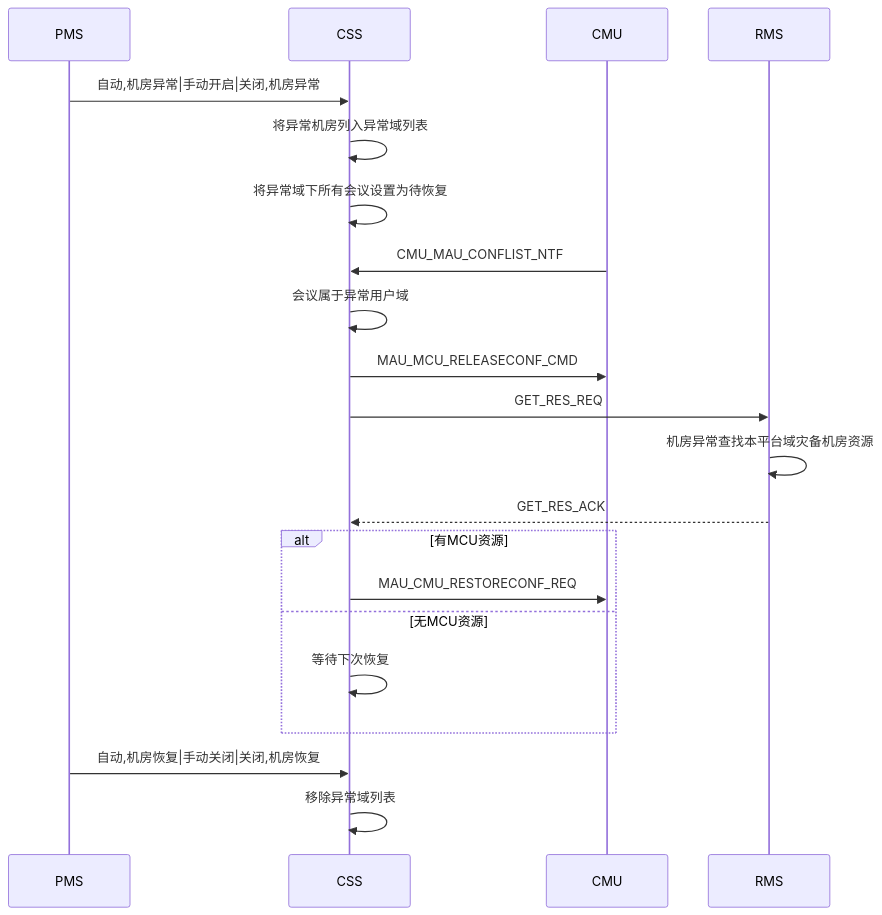
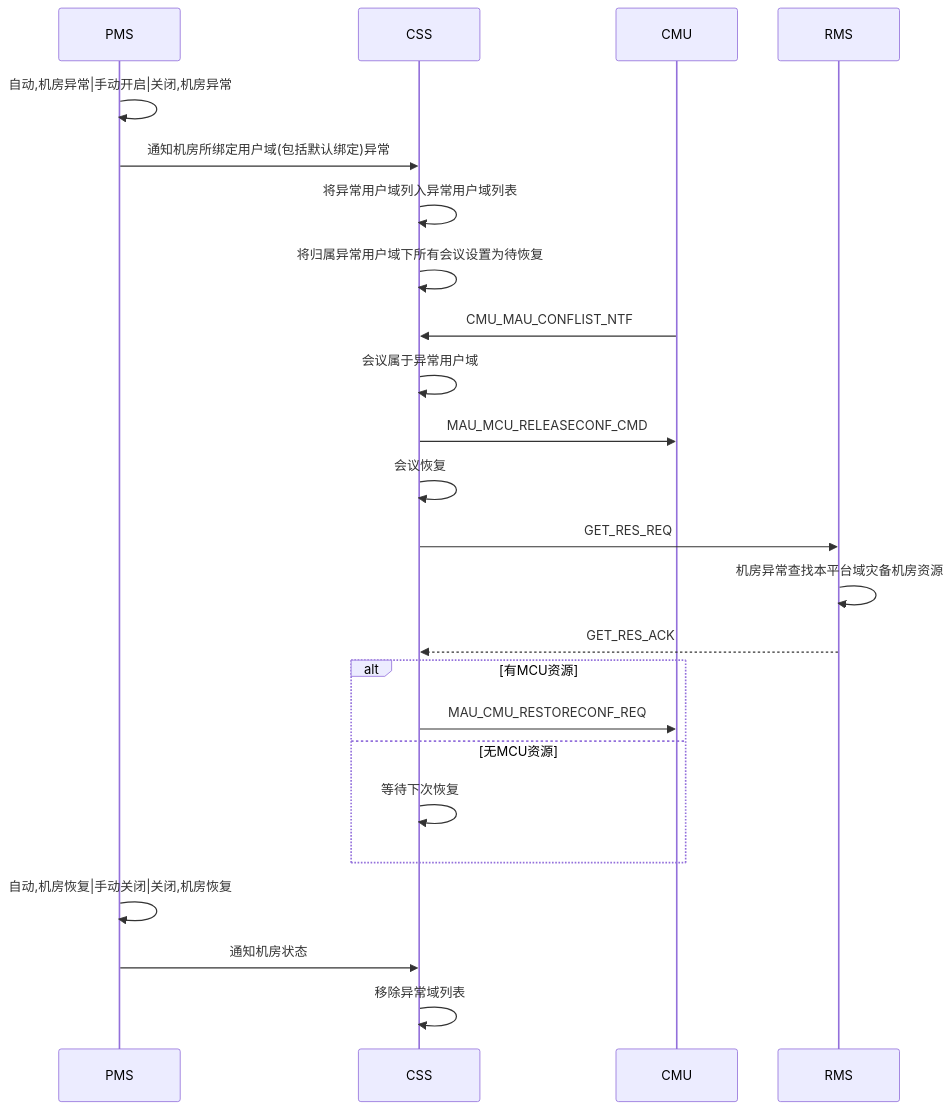
One commit to github188/w_doc changed the third of 5 diagrams in x需求_/5.1sp4css/5.1sp4css概要设计.md. Above: the diagram before and after it, drawn with Mermaid. The commit also changed other lines of this file and 3 other files, not shown here.

````diff
--- a/x需求_/5.1sp4css/5.1sp4css概要设计.md
+++ b/x需求_/5.1sp4css/5.1sp4css概要设计.md
@@ -43,19 +47,22 @@
 ```mermaid
 sequenceDiagram
-PMS->>CSS: 自动,机房异常|手动开启|关闭,机房异常
-CSS->>CSS: 将异常机房列入异常域列表
-CSS->>CSS: 将异常域下所有会议设置为待恢复
+PMS->>PMS: 自动,机房异常|手动开启|关闭,机房异常
+PMS->>CSS: 通知机房所绑定用户域(包括默认绑定)异常
+CSS->>CSS: 将异常用户域列入异常用户域列表
+CSS->>CSS: 将归属异常用户域下所有会议设置为待恢复
 CMU->>CSS: CMU_MAU_CONFLIST_NTF
 CSS->>CSS: 会议属于异常用户域
 CSS->>CMU: MAU_MCU_RELEASECONF_CMD
+CSS->>CSS: 会议恢复
 CSS->>RMS: GET_RES_REQ
 RMS->>RMS: 机房异常查找本平台域灾备机房资源
 RMS-->>CSS: GET_RES_ACK
 alt 有MCU资源
 CSS->>CMU: MAU_CMU_RESTORECONF_REQ
 else 无MCU资源
 CSS->>CSS: 等待下次恢复
 end
-PMS->>CSS: 自动,机房恢复|手动关闭|关闭,机房恢复
+PMS->>PMS: 自动,机房恢复|手动关闭|关闭,机房恢复
+PMS->>CSS: 通知机房状态
 CSS->>CSS: 移除异常域列表
 ```
````
